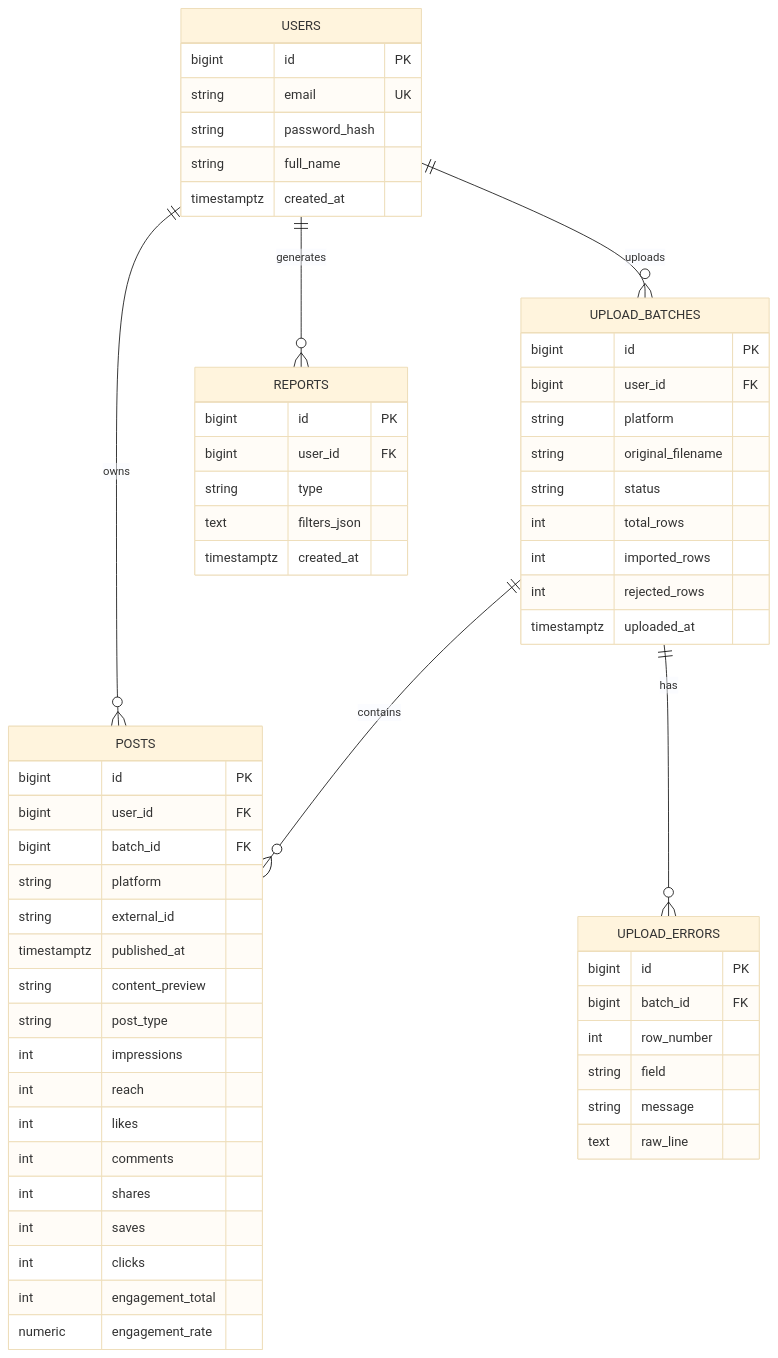
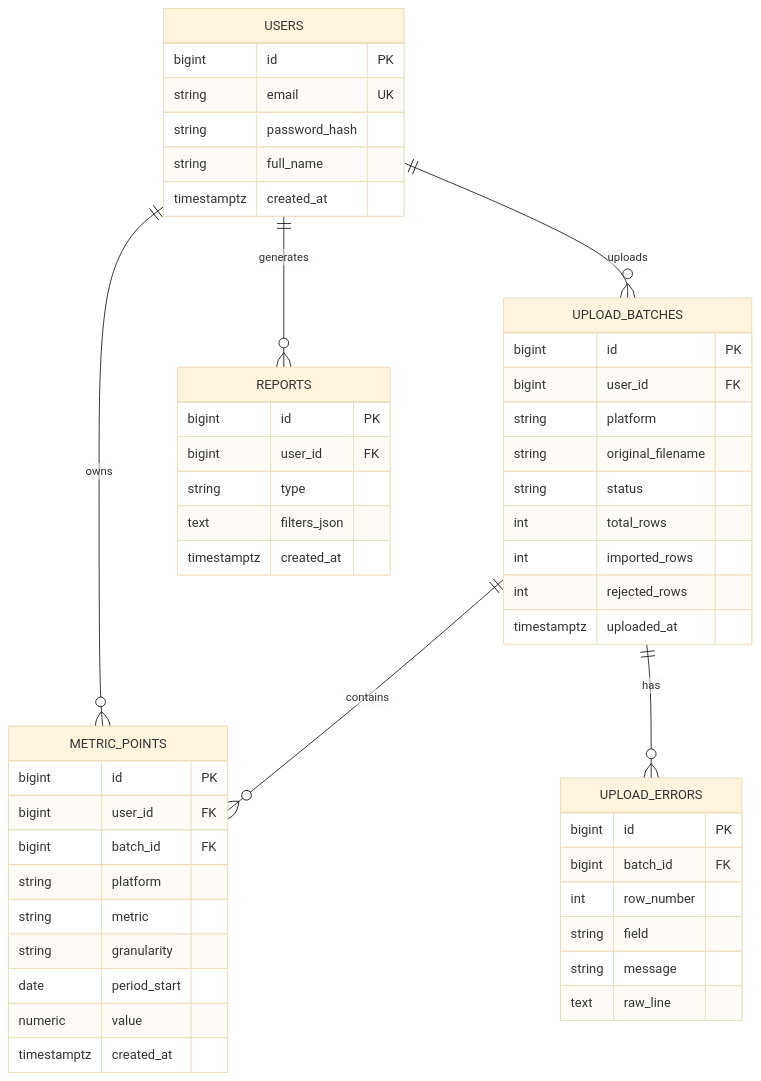
Before and after one commit to Aslan049/Social-Pulse-Project: the diagram in docs/er-diagram.md, drawn with Mermaid (base theme). The commit also changed other lines of this file and 29 other files, not shown here.

Commit message:
feat(ingestion): add V2 metric_points schema, CSV/XLSX readers and upload endpoints

````diff
--- a/docs/er-diagram.md
+++ b/docs/er-diagram.md
@@ -3,61 +6,53 @@
 ```mermaid
 erDiagram
     USERS ||--o{ UPLOAD_BATCHES : uploads
-    USERS ||--o{ POSTS : owns
+    USERS ||--o{ METRIC_POINTS : owns
     USERS ||--o{ REPORTS : generates
-    UPLOAD_BATCHES ||--o{ POSTS : contains
+    UPLOAD_BATCHES ||--o{ METRIC_POINTS : contains
     UPLOAD_BATCHES ||--o{ UPLOAD_ERRORS : has
 
     USERS {
         bigint id PK
         string email UK
         string password_hash
         string full_name
         timestamptz created_at
     }
     UPLOAD_BATCHES {
         bigint id PK
         bigint user_id FK
         string platform
         string original_filename
         string status
         int total_rows
         int imported_rows
         int rejected_rows
         timestamptz uploaded_at
     }
     UPLOAD_ERRORS {
         bigint id PK
         bigint batch_id FK
         int row_number
         string field
         string message
         text raw_line
     }
-    POSTS {
+    METRIC_POINTS {
         bigint id PK
         bigint user_id FK
         bigint batch_id FK
         string platform
-        string external_id
-        timestamptz published_at
-        string content_preview
-        string post_type
-        int impressions
-        int reach
-        int likes
-        int comments
-        int shares
-        int saves
-        int clicks
-        int engagement_total
-        numeric engagement_rate
+        string metric
+        string granularity
+        date period_start
+        numeric value
+        timestamptz created_at
     }
     REPORTS {
         bigint id PK
         bigint user_id FK
         string type
         text filters_json
         timestamptz created_at
     }
 ```
````
